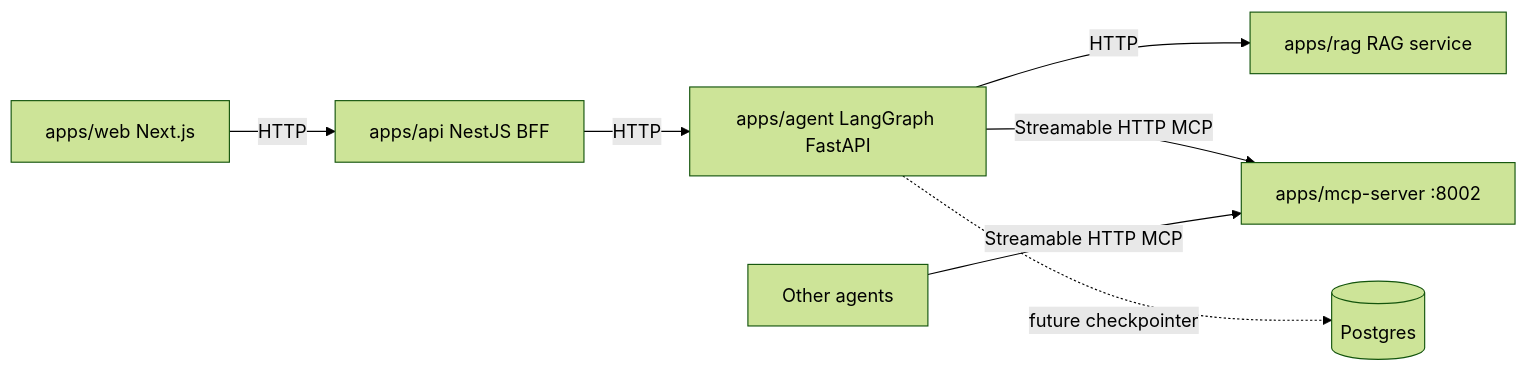
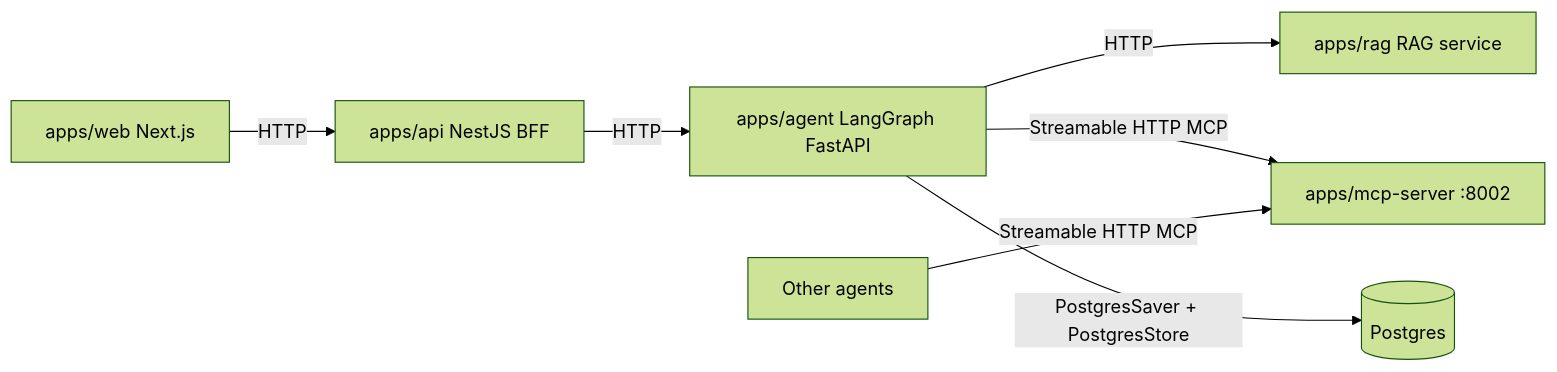
Before and after one commit to ervikassingh/support-dest-agent: the first of 2 diagrams in README.md, drawn with Mermaid (forest theme). The commit also changed other lines of this file and 37 other files, not shown here.

````diff
--- a/README.md
+++ b/README.md
@@ -25,9 +25,9 @@
 ```mermaid
 flowchart LR
   web[apps/web Next.js] -->|HTTP| api[apps/api NestJS BFF]
   api -->|HTTP| agent[apps/agent LangGraph FastAPI]
   agent -->|HTTP| rag[apps/rag RAG service]
   agent -->|Streamable HTTP MCP| mcp[apps/mcp-server :8002]
   other[Other agents] -->|Streamable HTTP MCP| mcp
-  agent -.->|future checkpointer| pg[(Postgres)]
+  agent -->|PostgresSaver + PostgresStore| pg[(Postgres)]
 ```
````
